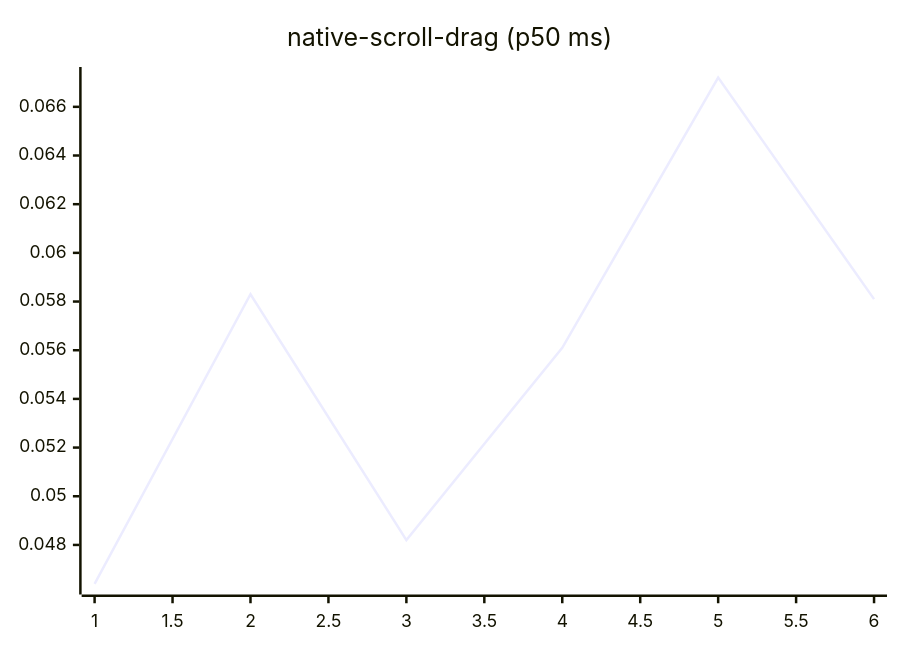
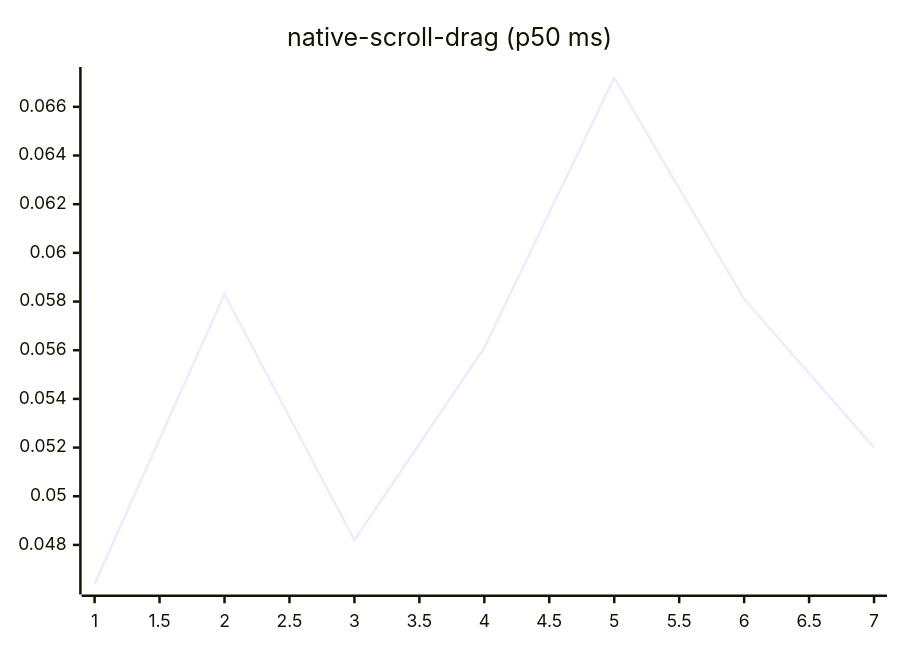
Diagram 14 of 27 in README.md (josha/Facet), drawn with Mermaid before and after one commit. The commit also changed other lines of this file and 2 other files, not shown here.

````diff
--- a/README.md
+++ b/README.md
@@ -154,6 +154,6 @@
 ```mermaid
 xychart-beta
     title "native-scroll-drag (p50 ms)"
-    x-axis 1 --> 6
-    line [0.0464, 0.0583, 0.0482, 0.0561, 0.0672, 0.0581]
+    x-axis 1 --> 7
+    line [0.0464, 0.0583, 0.0482, 0.0561, 0.0672, 0.0581, 0.0520]
 ```
````
